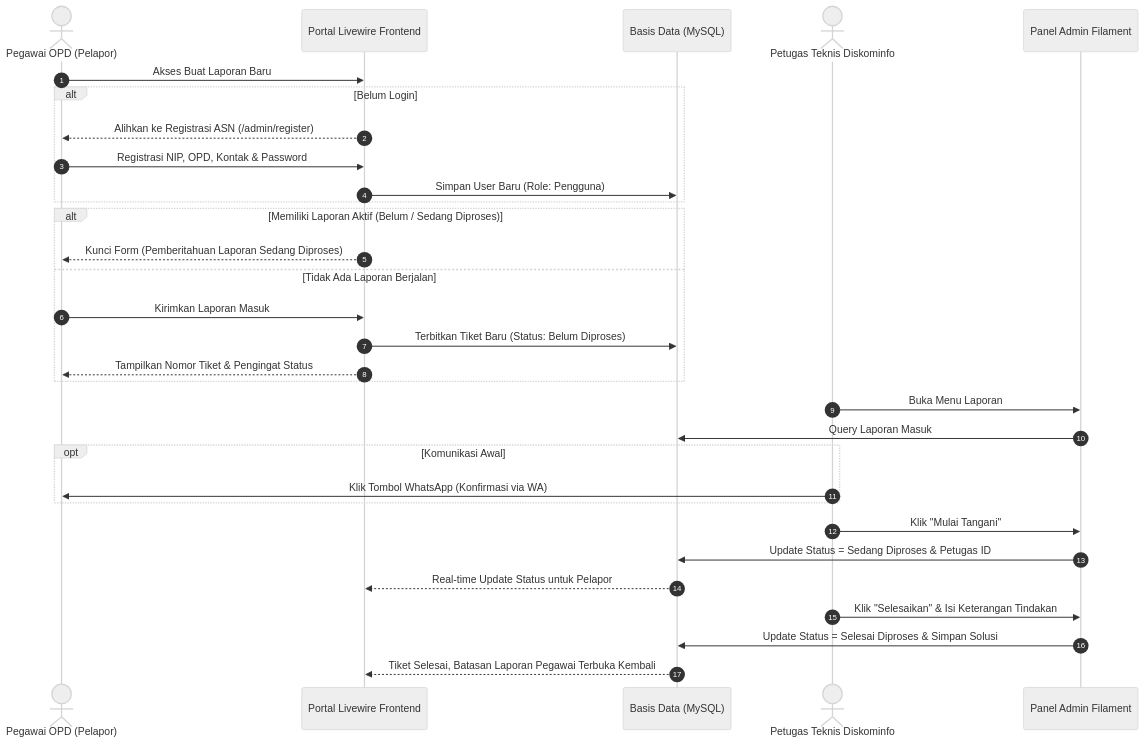
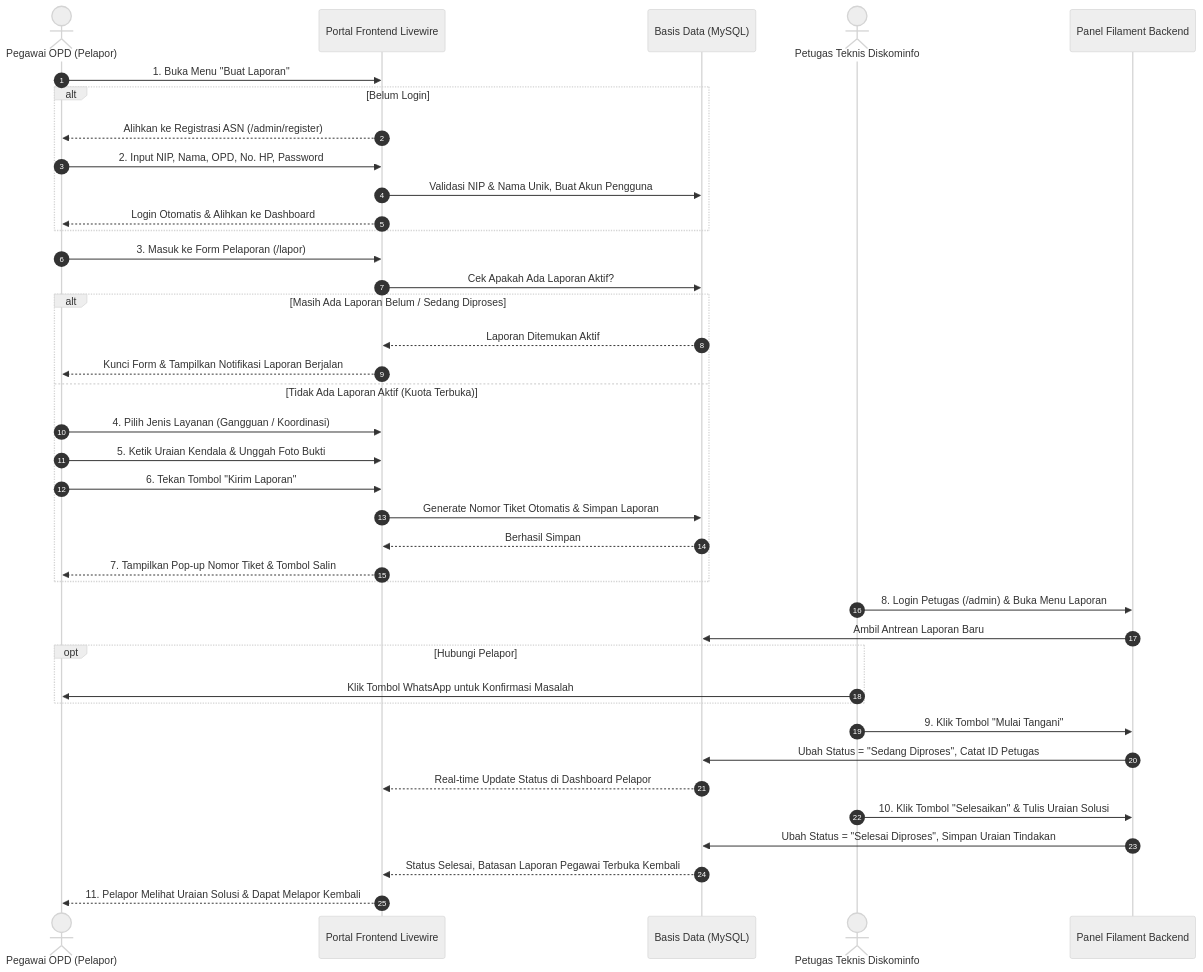
The diagram in PANDUAN_LENGKAP.md (doniaries/infrastruktur.sijunjung.go.id), drawn with Mermaid (neutral theme) before and after one commit. The commit also changed other lines of this file and 1 other file, not shown here.

Commit message:
feat(navigation): menambahkan tautan ebook manual aplikasi pada header menu buat laporan dan halaman form

````diff
--- a/PANDUAN_LENGKAP.md
+++ b/PANDUAN_LENGKAP.md
@@ -222,38 +143,45 @@
 ```mermaid
 sequenceDiagram
     autonumber
     actor Pegawai as Pegawai OPD (Pelapor)
-    participant Web as Portal Livewire Frontend
+    participant Web as Portal Frontend Livewire
     participant DB as Basis Data (MySQL)
     actor Petugas as Petugas Teknis Diskominfo
-    participant Filament as Panel Admin Filament
+    participant Admin as Panel Filament Backend
 
-    Pegawai->>Web: Akses Buat Laporan Baru
+    Pegawai->>Web: 1. Buka Menu "Buat Laporan"
     alt Belum Login
         Web-->>Pegawai: Alihkan ke Registrasi ASN (/admin/register)
-        Pegawai->>Web: Registrasi NIP, OPD, Kontak & Password
-        Web->>DB: Simpan User Baru (Role: Pengguna)
-    end
-    
-    alt Memiliki Laporan Aktif (Belum / Sedang Diproses)
-        Web-->>Pegawai: Kunci Form (Pemberitahuan Laporan Sedang Diproses)
-    else Tidak Ada Laporan Berjalan
-        Pegawai->>Web: Kirimkan Laporan Masuk
-        Web->>DB: Terbitkan Tiket Baru (Status: Belum Diproses)
-        Web-->>Pegawai: Tampilkan Nomor Tiket & Pengingat Status
+        Pegawai->>Web: 2. Input NIP, Nama, OPD, No. HP, Password
+        Web->>DB: Validasi NIP & Nama Unik, Buat Akun Pengguna
+        Web-->>Pegawai: Login Otomatis & Alihkan ke Dashboard
     end
 
-    Petugas->>Filament: Buka Menu Laporan
-    Filament->>DB: Query Laporan Masuk
-    opt Komunikasi Awal
-        Petugas->>Pegawai: Klik Tombol WhatsApp (Konfirmasi via WA)
+    Pegawai->>Web: 3. Masuk ke Form Pelaporan (/lapor)
+    Web->>DB: Cek Apakah Ada Laporan Aktif?
+    alt Masih Ada Laporan Belum / Sedang Diproses
+        DB-->>Web: Laporan Ditemukan Aktif
+        Web-->>Pegawai: Kunci Form & Tampilkan Notifikasi Laporan Berjalan
+    else Tidak Ada Laporan Aktif (Kuota Terbuka)
+        Pegawai->>Web: 4. Pilih Jenis Layanan (Gangguan / Koordinasi)
+        Pegawai->>Web: 5. Ketik Uraian Kendala & Unggah Foto Bukti
+        Pegawai->>Web: 6. Tekan Tombol "Kirim Laporan"
+        Web->>DB: Generate Nomor Tiket Otomatis & Simpan Laporan
+        DB-->>Web: Berhasil Simpan
+        Web-->>Pegawai: 7. Tampilkan Pop-up Nomor Tiket & Tombol Salin
     end
 
-    Petugas->>Filament: Klik "Mulai Tangani"
-    Filament->>DB: Update Status = Sedang Diproses & Petugas ID
-    DB-->>Web: Real-time Update Status untuk Pelapor
+    Petugas->>Admin: 8. Login Petugas (/admin) & Buka Menu Laporan
+    Admin->>DB: Ambil Antrean Laporan Baru
+    opt Hubungi Pelapor
+        Petugas->>Pegawai: Klik Tombol WhatsApp untuk Konfirmasi Masalah
+    end
+    Petugas->>Admin: 9. Klik Tombol "Mulai Tangani"
+    Admin->>DB: Ubah Status = "Sedang Diproses", Catat ID Petugas
+    DB-->>Web: Real-time Update Status di Dashboard Pelapor
 
-    Petugas->>Filament: Klik "Selesaikan" & Isi Keterangan Tindakan
-    Filament->>DB: Update Status = Selesai Diproses & Simpan Solusi
-    DB-->>Web: Tiket Selesai, Batasan Laporan Pegawai Terbuka Kembali
+    Petugas->>Admin: 10. Klik Tombol "Selesaikan" & Tulis Uraian Solusi
+    Admin->>DB: Ubah Status = "Selesai Diproses", Simpan Uraian Tindakan
+    DB-->>Web: Status Selesai, Batasan Laporan Pegawai Terbuka Kembali
+    Web-->>Pegawai: 11. Pelapor Melihat Uraian Solusi & Dapat Melapor Kembali
 ```
````
